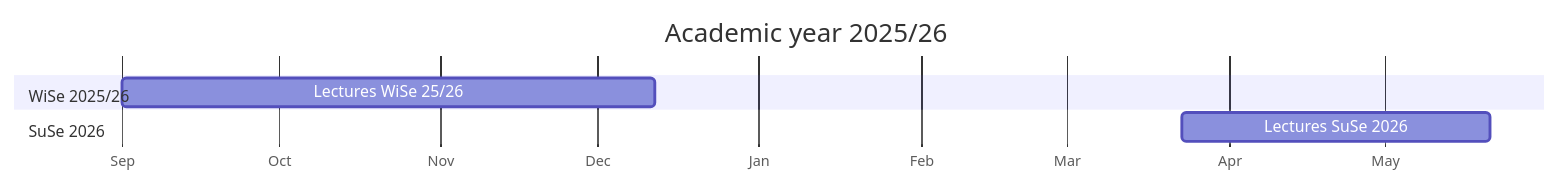
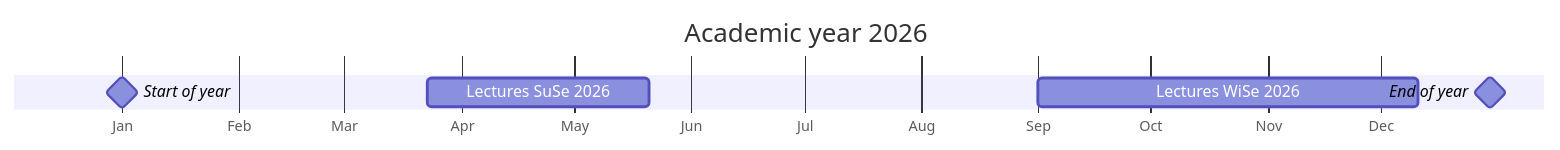
The diagram in teaching/index.qmd (fs-ise/handbook), drawn with Mermaid before and after one commit. The commit also changed other lines of this file and 3 other files, not shown here.

````diff
--- a/teaching/index.qmd
+++ b/teaching/index.qmd
@@ -23,16 +5,17 @@
 ```{mermaid}
 ---
 displayMode: compact
 ---
 gantt
-    title Academic year 2025/26
+    title Academic year 2026
     dateFormat  YYYY-MM-DD
     axisFormat %b
 
-    section WiSe 2025/26
-    Lectures WiSe 25/26           :w2, 2025-09-01, 2025-12-12
+    Start of year                  :milestone, 2026-01-01, 0d
+    End of year                    :milestone, 2026-12-30, 0d
 
-    section SuSe 2026
-    Lectures SuSe 2026            :s1, 2026-03-23, 2026-05-21
+    Lectures SuSe 2026             :s1, 2026-03-23, 2026-05-21
+
+    Lectures WiSe 2026            :w2, 2026-09-01, 2026-12-11
 
 ```
````
